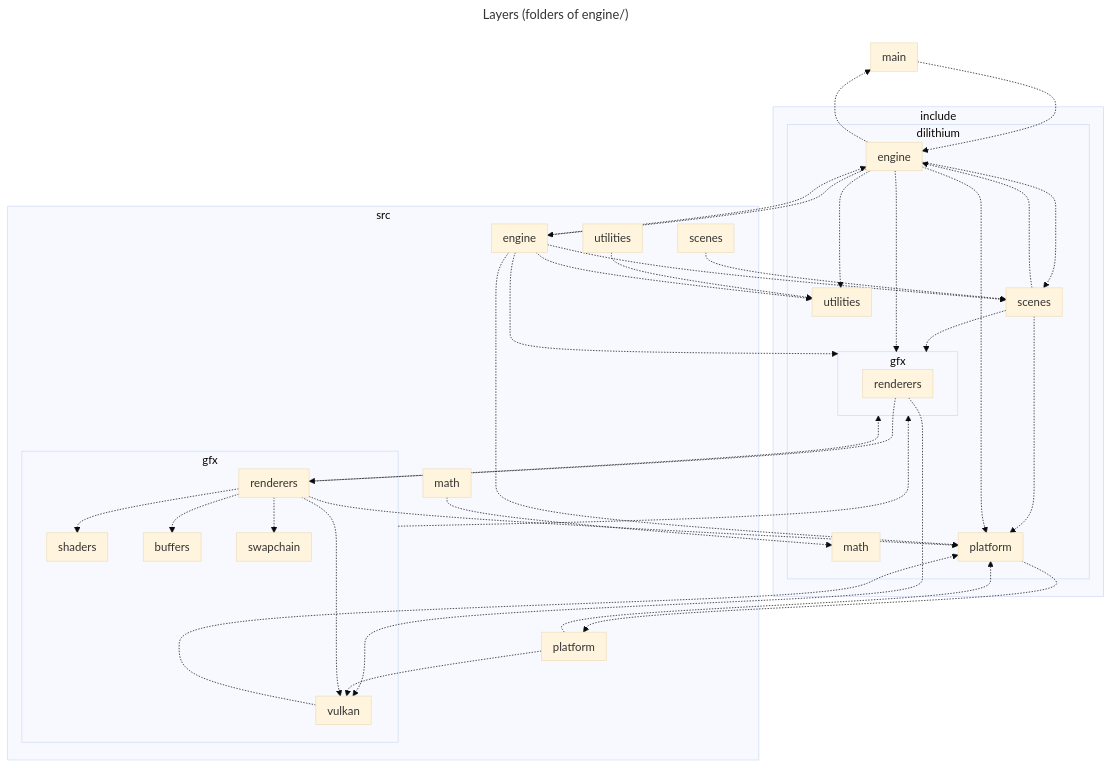
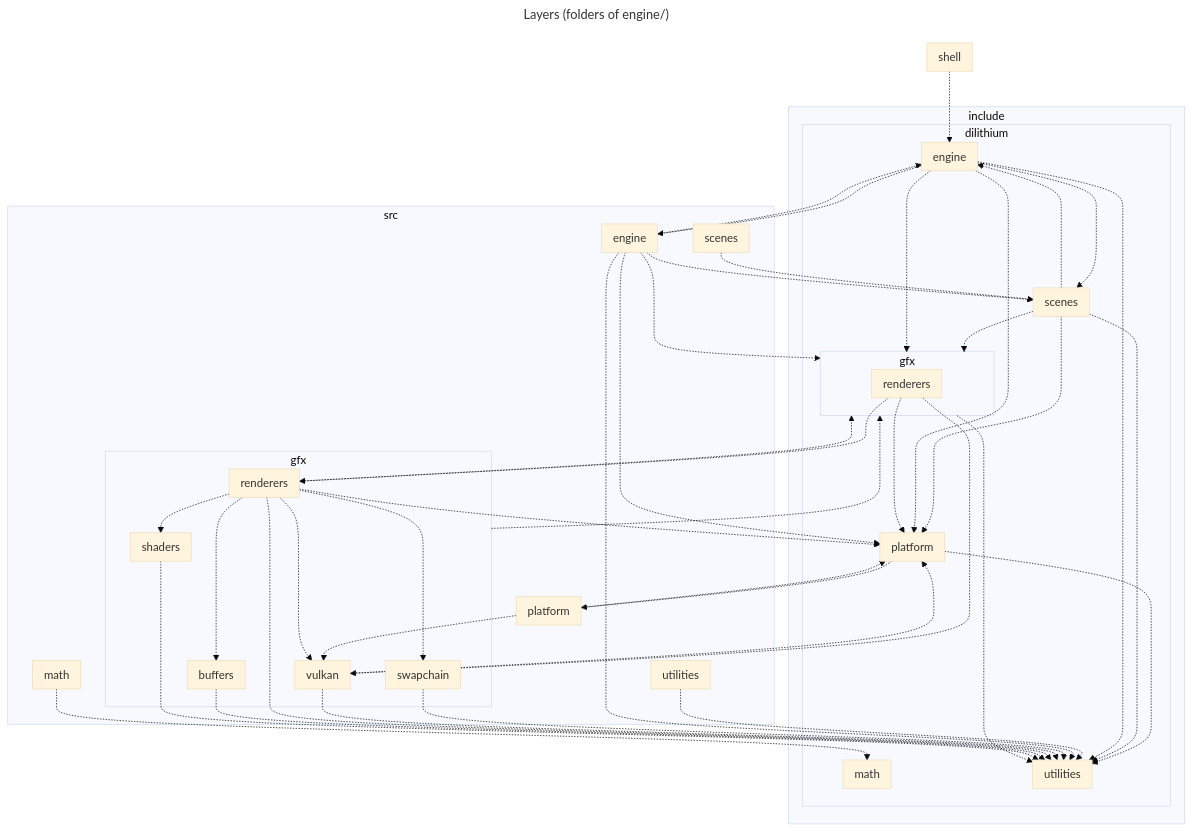
One commit to mattCasanova/Dilithium2D changed the diagram in docs/architecture/generated/layers.mmd. Above: the diagram before and after it, drawn with Mermaid (base theme). The commit also changed 53 other files, not shown here.

```diff
--- a/docs/architecture/generated/layers.mmd
+++ b/docs/architecture/generated/layers.mmd
@@ -1,79 +1,87 @@
 ---
 title: Layers (folders of engine/)
 ---
 flowchart
     subgraph C_0012809092572990289391[include]
     subgraph C_0012577257405327163239[dilithium]
     subgraph C_0006298341999832860390[platform]
     end
+    subgraph C_0008414304222372601029[utilities]
+    end
     subgraph C_0006377284217044718053[scenes]
-    end
-    subgraph C_0008414304222372601029[utilities]
     end
     subgraph C_0017825392617274527979[math]
     end
     subgraph C_0003542656463181301996[engine]
     end
     subgraph C_0003901156776538314640[gfx]
     subgraph C_0017663372143550190399[renderers]
     end
     end
     end
     end
     subgraph C_0010654316019790784920[src]
     subgraph C_0014822937323245241197[scenes]
     end
     subgraph C_0007071731057941935089[platform]
     end
     subgraph C_0010233608232007854375[math]
     end
     subgraph C_0013524850851676760114[utilities]
     end
     subgraph C_0015421901025311985358[engine]
     end
     subgraph C_0000870633202236785065[gfx]
     subgraph C_0004804608036888100374[swapchain]
     end
     subgraph C_0011729562870360606892[vulkan]
     end
     subgraph C_0018135243476833536659[renderers]
     end
     subgraph C_0005196780557443478016[buffers]
     end
     subgraph C_0016936712551952591823[shaders]
     end
     end
     end
-    subgraph C_0016453121658487405624[main]
+    subgraph C_0012613613939667938803[shell]
     end
     C_0006298341999832860390 -.-> C_0007071731057941935089
+    C_0006298341999832860390 -.-> C_0008414304222372601029
     C_0006377284217044718053 -.-> C_0006298341999832860390
+    C_0006377284217044718053 -.-> C_0008414304222372601029
     C_0006377284217044718053 -.-> C_0003901156776538314640
     C_0006377284217044718053 -.-> C_0003542656463181301996
+    C_0003542656463181301996 -.-> C_0006377284217044718053
+    C_0003542656463181301996 -.-> C_0003901156776538314640
     C_0003542656463181301996 -.-> C_0006298341999832860390
+    C_0003542656463181301996 -.-> C_0008414304222372601029
     C_0003542656463181301996 -.-> C_0015421901025311985358
-    C_0003542656463181301996 -.-> C_0008414304222372601029
-    C_0003542656463181301996 -.-> C_0003901156776538314640
-    C_0003542656463181301996 -.-> C_0006377284217044718053
-    C_0003542656463181301996 -.-> C_0016453121658487405624
+    C_0003901156776538314640 -.-> C_0008414304222372601029
+    C_0017663372143550190399 -.-> C_0006298341999832860390
     C_0017663372143550190399 -.-> C_0018135243476833536659
     C_0017663372143550190399 -.-> C_0011729562870360606892
     C_0014822937323245241197 -.-> C_0006377284217044718053
     C_0007071731057941935089 -.-> C_0006298341999832860390
     C_0007071731057941935089 -.-> C_0011729562870360606892
     C_0010233608232007854375 -.-> C_0017825392617274527979
     C_0013524850851676760114 -.-> C_0008414304222372601029
     C_0015421901025311985358 -.-> C_0006298341999832860390
     C_0015421901025311985358 -.-> C_0003901156776538314640
     C_0015421901025311985358 -.-> C_0006377284217044718053
+    C_0015421901025311985358 -.-> C_0003542656463181301996
     C_0015421901025311985358 -.-> C_0008414304222372601029
-    C_0015421901025311985358 -.-> C_0003542656463181301996
     C_0000870633202236785065 -.-> C_0003901156776538314640
+    C_0004804608036888100374 -.-> C_0008414304222372601029
+    C_0011729562870360606892 -.-> C_0008414304222372601029
     C_0011729562870360606892 -.-> C_0006298341999832860390
     C_0018135243476833536659 -.-> C_0011729562870360606892
     C_0018135243476833536659 -.-> C_0004804608036888100374
     C_0018135243476833536659 -.-> C_0006298341999832860390
     C_0018135243476833536659 -.-> C_0003901156776538314640
+    C_0018135243476833536659 -.-> C_0008414304222372601029
     C_0018135243476833536659 -.-> C_0005196780557443478016
     C_0018135243476833536659 -.-> C_0016936712551952591823
-    C_0016453121658487405624 -.-> C_0003542656463181301996
+    C_0005196780557443478016 -.-> C_0008414304222372601029
+    C_0016936712551952591823 -.-> C_0008414304222372601029
+    C_0012613613939667938803 -.-> C_0003542656463181301996
```
